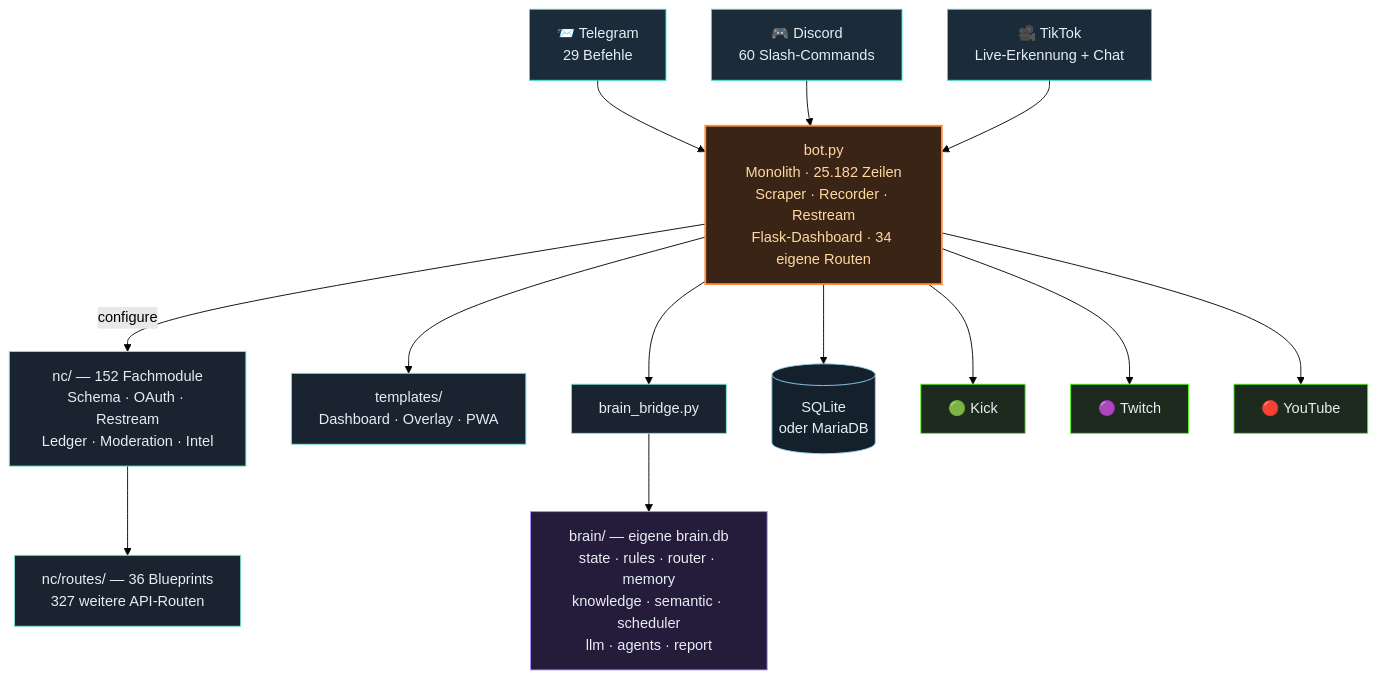
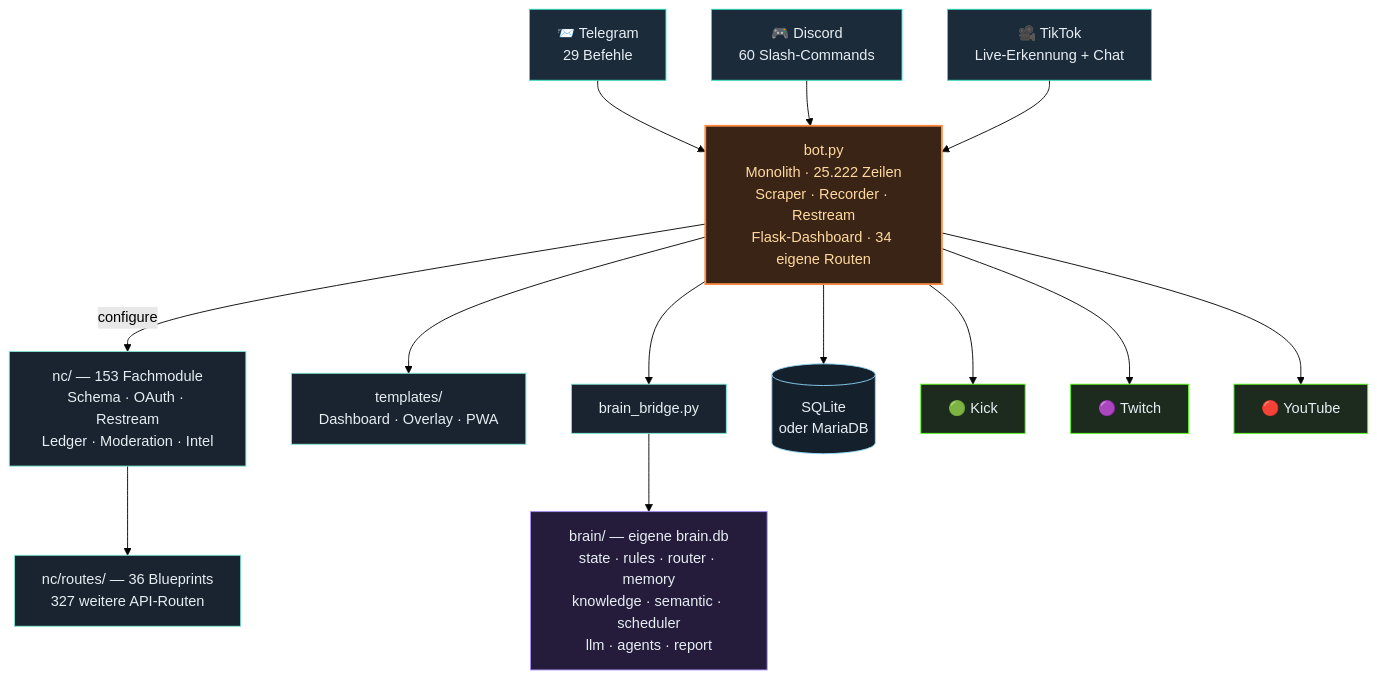
The third of 4 diagrams in README.md (itsamemedev/Telegram-Stream-Info-Bot), drawn with Mermaid (forest theme) before and after one commit. The commit also changed other lines of this file and 7 other files, not shown here.

````diff
--- a/README.md
+++ b/README.md
@@ -189,30 +189,30 @@
 ```mermaid
 flowchart TB
     TG["📨 Telegram<br/>29 Befehle"]:::ein
     DC["🎮 Discord<br/>60 Slash-Commands"]:::ein
     TT["🎥 TikTok<br/>Live-Erkennung + Chat"]:::ein
 
     TG --> BOT
     DC --> BOT
     TT --> BOT
 
-    BOT["bot.py<br/>Monolith · 25.182 Zeilen<br/>Scraper · Recorder · Restream<br/>Flask-Dashboard · 34 eigene Routen"]:::core
+    BOT["bot.py<br/>Monolith · 25.222 Zeilen<br/>Scraper · Recorder · Restream<br/>Flask-Dashboard · 34 eigene Routen"]:::core
 
-    BOT -->|configure| NC["nc/ — 152 Fachmodule<br/>Schema · OAuth · Restream<br/>Ledger · Moderation · Intel"]:::lib
+    BOT -->|configure| NC["nc/ — 153 Fachmodule<br/>Schema · OAuth · Restream<br/>Ledger · Moderation · Intel"]:::lib
     NC --> RT["nc/routes/ — 36 Blueprints<br/>327 weitere API-Routen"]:::lib
     BOT --> TPL["templates/<br/>Dashboard · Overlay · PWA"]:::lib
     BOT --> BR["brain_bridge.py"]:::lib
     BR --> BRAIN["brain/ — eigene brain.db<br/>state · rules · router · memory<br/>knowledge · semantic · scheduler<br/>llm · agents · report"]:::brain
     BOT --> DB[("SQLite<br/>oder MariaDB")]:::db
 
     BOT --> KICK["🟢 Kick"]:::out
     BOT --> TW["🟣 Twitch"]:::out
     BOT --> YT["🔴 YouTube"]:::out
 
     classDef ein fill:#1c2b3a,stroke:#2de1c2,color:#e6edf3
     classDef core fill:#3a2415,stroke:#ff8c42,stroke-width:2px,color:#ffd9a0
     classDef lib fill:#1a2430,stroke:#7fe7d4,color:#e6edf3
     classDef brain fill:#241c3a,stroke:#a78bfa,color:#e6edf3
     classDef db fill:#14202c,stroke:#8fd3f4,color:#e6edf3
     classDef out fill:#1c2b1e,stroke:#53fc18,color:#e6edf3
 ```
````
